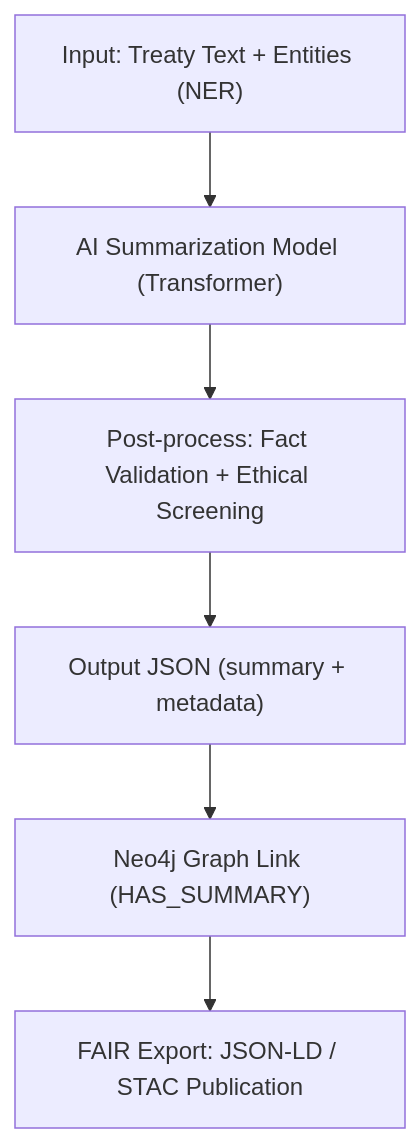
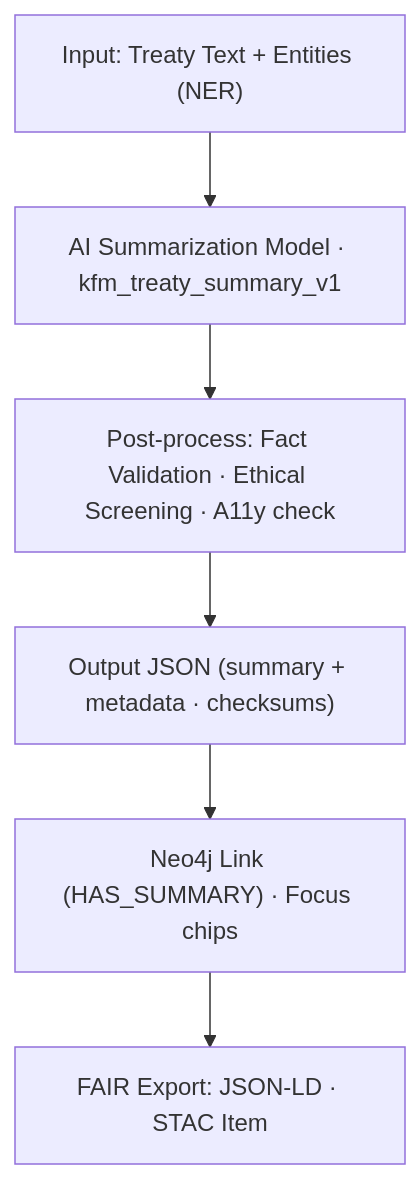
Before and after one commit to bartytime4life/Kansas-Frontier-Matrix: the diagram in data/work/staging/tabular/normalized/treaties/metadata/ai/summaries/README.md, drawn with Mermaid. The commit also changed other lines of this file, not shown here.

`````diff
--- a/data/work/staging/tabular/normalized/treaties/metadata/ai/summaries/README.md
+++ b/data/work/staging/tabular/normalized/treaties/metadata/ai/summaries/README.md
@@ -91,8 +100,8 @@
 ```mermaid
 flowchart TD
-A["Input: Treaty Text + Entities (NER)"] --> B["AI Summarization Model (Transformer)"]
-B --> C["Post-process: Fact Validation + Ethical Screening"]
-C --> D["Output JSON (summary + metadata)"]
-D --> E["Neo4j Graph Link (HAS_SUMMARY)"]
-E --> F["FAIR Export: JSON-LD / STAC Publication"]
+A["Input: Treaty Text + Entities (NER)"] --> B["AI Summarization Model · kfm_treaty_summary_v1"]
+B --> C["Post-process: Fact Validation · Ethical Screening · A11y check"]
+C --> D["Output JSON (summary + metadata · checksums)"]
+D --> E["Neo4j Link (HAS_SUMMARY) · Focus chips"]
+E --> F["FAIR Export: JSON-LD · STAC Item"]
 ````
`````
